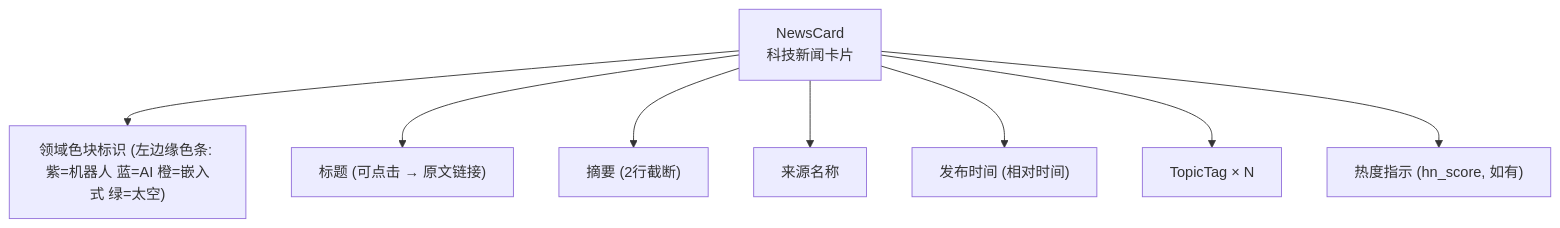
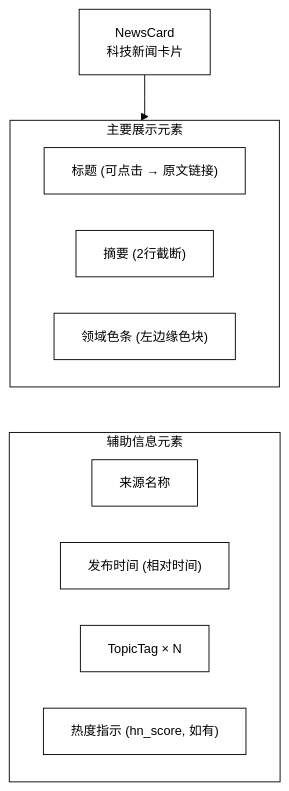
One commit to onceme/instantboard changed the first of 3 diagrams in docs/design/tech-tab.md. Above: the diagram before and after it, drawn with Mermaid. The commit also changed other lines of this file and 11 other files, not shown here.

Commit message:
docs: unify mermaid diagrams to black-and-white orthogonal style

````diff
--- a/docs/design/tech-tab.md
+++ b/docs/design/tech-tab.md
@@ -166,11 +166,18 @@
 ```mermaid
+%%{init: {"theme": "base", "themeVariables": {"background": "#ffffff", "primaryColor": "#ffffff", "primaryTextColor": "#000000", "primaryBorderColor": "#000000", "lineColor": "#000000", "secondaryColor": "#ffffff", "secondaryTextColor": "#000000", "secondaryBorderColor": "#000000", "tertiaryColor": "#ffffff", "tertiaryTextColor": "#000000", "tertiaryBorderColor": "#000000", "edgeLabelBackground": "#ffffff", "textColor": "#000000", "nodeTextColor": "#000000", "mainBkg": "#ffffff", "nodeBorder": "#000000", "clusterBkg": "#ffffff", "clusterBdr": "#000000", "clusterTextColor": "#000000", "titleColor": "#000000", "fontSize": "14px"}, "flowchart": {"curve": "step", "nodeSpacing": 40, "rankSpacing": 50, "wrappingWidth": 180, "useMaxWidth": true}}}%%
 graph TD
     NC["NewsCard<br/>科技新闻卡片"]
-    NC --> DC["领域色块标识 (左边缘色条: 紫=机器人 蓝=AI 橙=嵌入式 绿=太空)"]
-    NC --> NT["标题 (可点击 → 原文链接)"]
-    NC --> NS["摘要 (2行截断)"]
-    NC --> NR["来源名称"]
-    NC --> NP["发布时间 (相对时间)"]
-    NC --> NTag["TopicTag × N"]
-    NC --> NH["热度指示 (hn_score, 如有)"]
+    subgraph Main["主要展示元素"]
+        NT["标题 (可点击 → 原文链接)"]
+        NS["摘要 (2行截断)"]
+        DC["领域色条 (左边缘色块)"]
+    end
+    subgraph Meta["辅助信息元素"]
+        NR["来源名称"]
+        NP["发布时间 (相对时间)"]
+        NTag["TopicTag × N"]
+        NH["热度指示 (hn_score, 如有)"]
+    end
+    NC --> Main
+    Main ~~~ Meta
 ```
````
